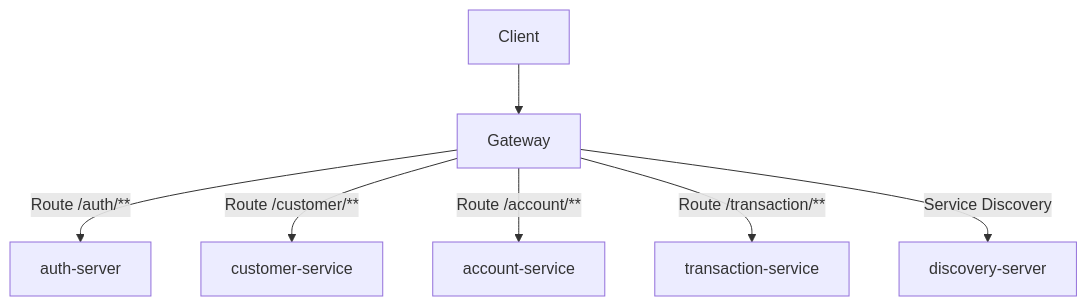
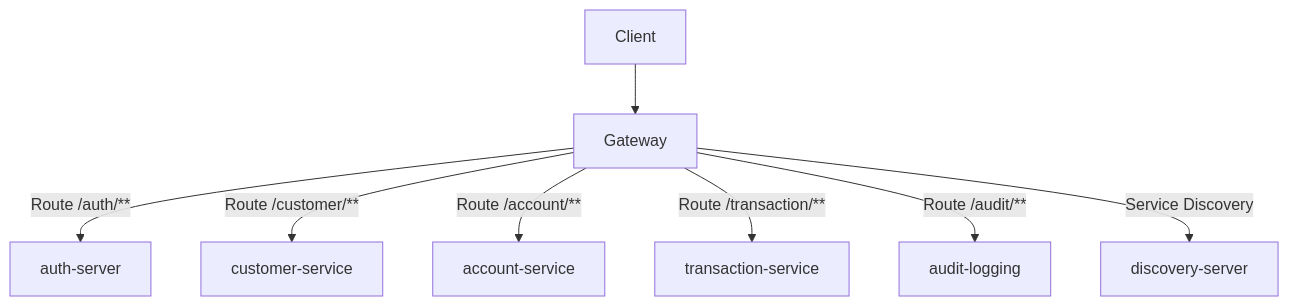
One commit to Lfav07/amerbank-micro changed the diagram in services/gateway/README.md. Above: the diagram before and after it, drawn with Mermaid. The commit also changed other lines of this file, not shown here.

Commit message:
docs: update README.md to include new audit microservice reference

````diff
--- a/services/gateway/README.md
+++ b/services/gateway/README.md
@@ -15,9 +15,10 @@
 ```mermaid
 graph TD
     Client --> Gateway
     Gateway -->|Route /auth/**| auth-server
     Gateway -->|Route /customer/**| customer-service
     Gateway -->|Route /account/**| account-service
     Gateway -->|Route /transaction/**| transaction-service
+    Gateway --> |Route /audit/**| audit-logging
     Gateway -->|Service Discovery| discovery-server
 ```
````
